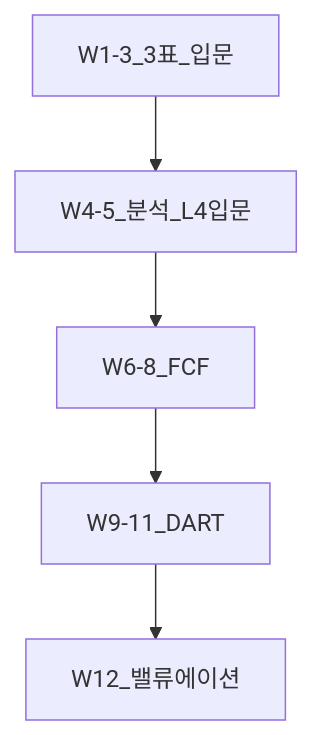
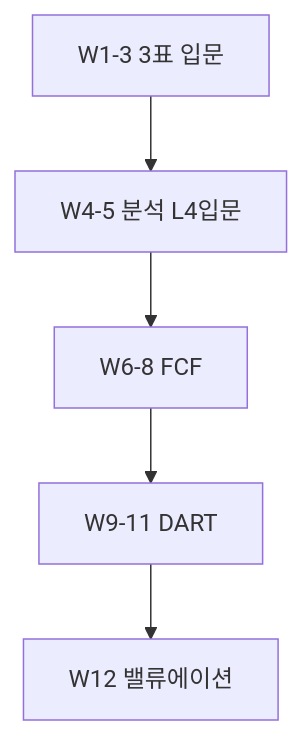
One commit to goldanghenry/Finances changed the first of 3 diagrams in 01-foundations/financial-statements-study-roadmap.md. Above: the diagram before and after it, drawn with Mermaid. The commit also changed other lines of this file and 211 other files, not shown here.

````diff
--- a/01-foundations/financial-statements-study-roadmap.md
+++ b/01-foundations/financial-statements-study-roadmap.md
@@ -99,7 +113,7 @@
 ```mermaid
 flowchart TD
-  W1[W1-3_3표_입문] --> W2[W4-5_분석_L4입문]
-  W2 --> W3[W6-8_FCF]
-  W3 --> W4[W9-11_DART]
-  W4 --> W5[W12_밸류에이션]
+  W1["W1-3 3표 입문"] --> W2["W4-5 분석 L4입문"]
+  W2 --> W3["W6-8 FCF"]
+  W3 --> W4["W9-11 DART"]
+  W4 --> W5["W12 밸류에이션"]
 ```
````
